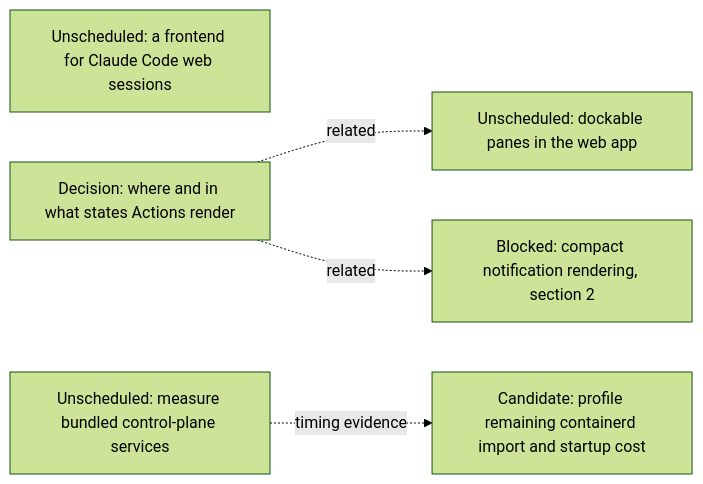
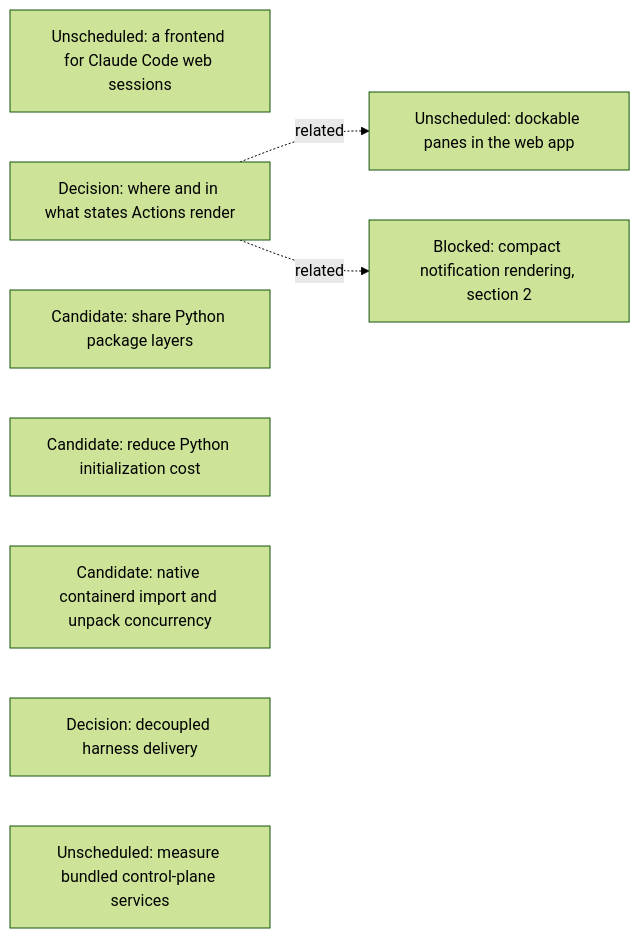
One commit to agentydragon-agent/ducktape changed the seventh of 16 diagrams in agentplane/plans/task_dag.md. Above: the diagram before and after it, drawn with Mermaid (forest theme). The commit also changed other lines of this file, not shown here.

First line of the commit message:
docs(agentplane): plan harness delivery latency comparison (#10803)

````diff
--- a/agentplane/plans/task_dag.md
+++ b/agentplane/plans/task_dag.md
@@ -583,12 +583,14 @@
 ```mermaid
 flowchart LR
     CLAUDE_CODE_WEB_BRIDGE[Unscheduled: a frontend for Claude Code web sessions]
     ACTION_SURFACES_DESIGN[Decision: where and in what states Actions render]
-    K3S_STARTUP_COST[Candidate: profile remaining containerd import and startup cost]
+    K3S_SHARED_PACKAGE_LAYERS[Candidate: share Python package layers]
+    K3S_PYTHON_INITIALIZATION[Candidate: reduce Python initialization cost]
+    K3S_IMPORT_CONCURRENCY[Candidate: native containerd import and unpack concurrency]
+    RUNNER_HARNESS_DELIVERY_DESIGN[Decision: decoupled harness delivery]
     K3S_BUNDLED_SERVICES_SPIKE[Unscheduled: measure bundled control-plane services]
-    K3S_BUNDLED_SERVICES_SPIKE -. timing evidence .-> K3S_STARTUP_COST
     DOCKABLE_PANES[Unscheduled: dockable panes in the web app]
     ACTION_SURFACES_DESIGN -. related .-> DOCKABLE_PANES
     NOTIFICATION_PRESENTATION[Blocked: compact notification rendering, section 2]
     ACTION_SURFACES_DESIGN -. related .-> NOTIFICATION_PRESENTATION
 ```
````
